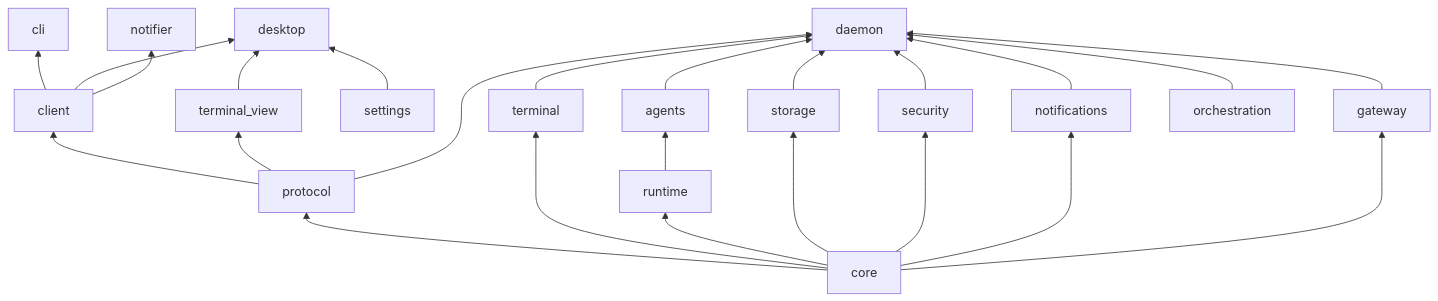
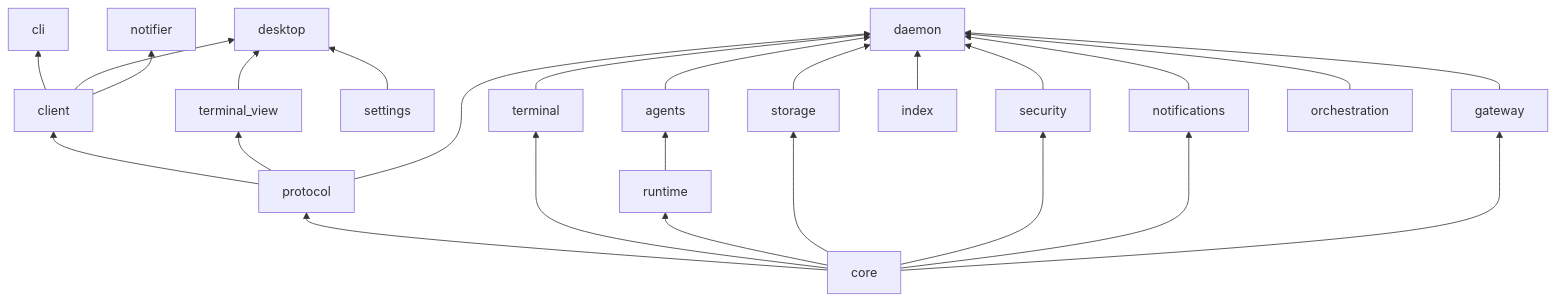
Before and after one commit to robertt3kuk/heeler: the second of 6 diagrams in docs/architecture.md, drawn with Mermaid. The commit also changed other lines of this file and 55 other files, not shown here.

First line of the commit message:
feat(index,daemon,cli,client,protocol): session history index and search (protocol 0.8)

````diff
--- a/docs/architecture.md
+++ b/docs/architecture.md
@@ -56,15 +57,16 @@
 ```mermaid
 flowchart BT
   core --> protocol
   protocol --> client
   client --> cli
   client --> desktop
   client --> notifier
   protocol --> terminal_view --> desktop
   settings --> desktop
   core --> terminal & runtime & storage & security & notifications
+  index --> daemon
   runtime --> agents
   core --> gateway
   terminal & agents & gateway & storage & security & notifications & orchestration --> daemon
   protocol --> daemon
 ```
````
